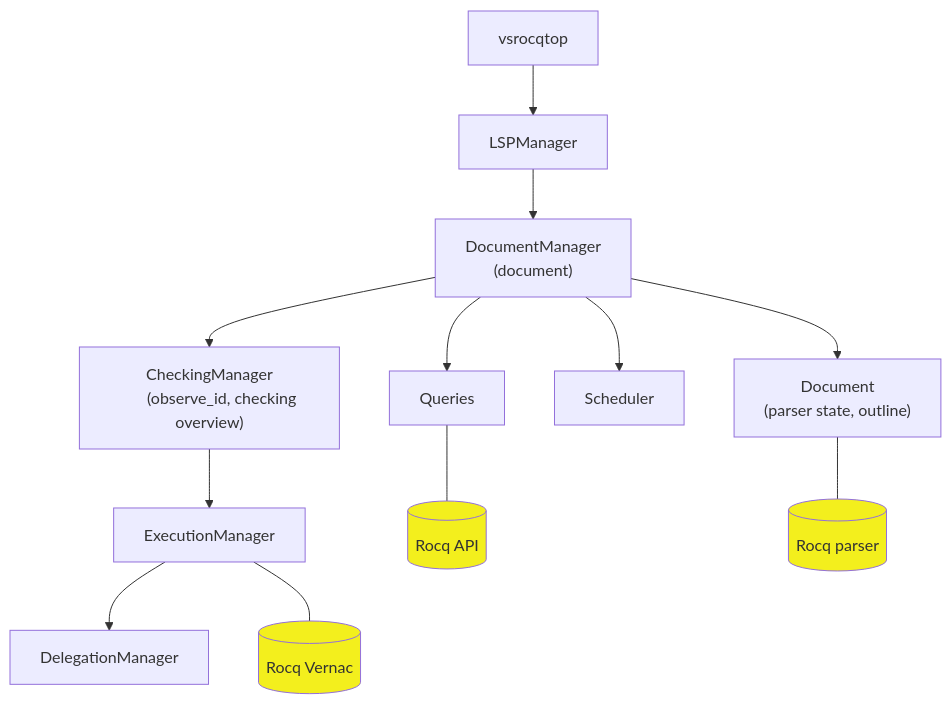
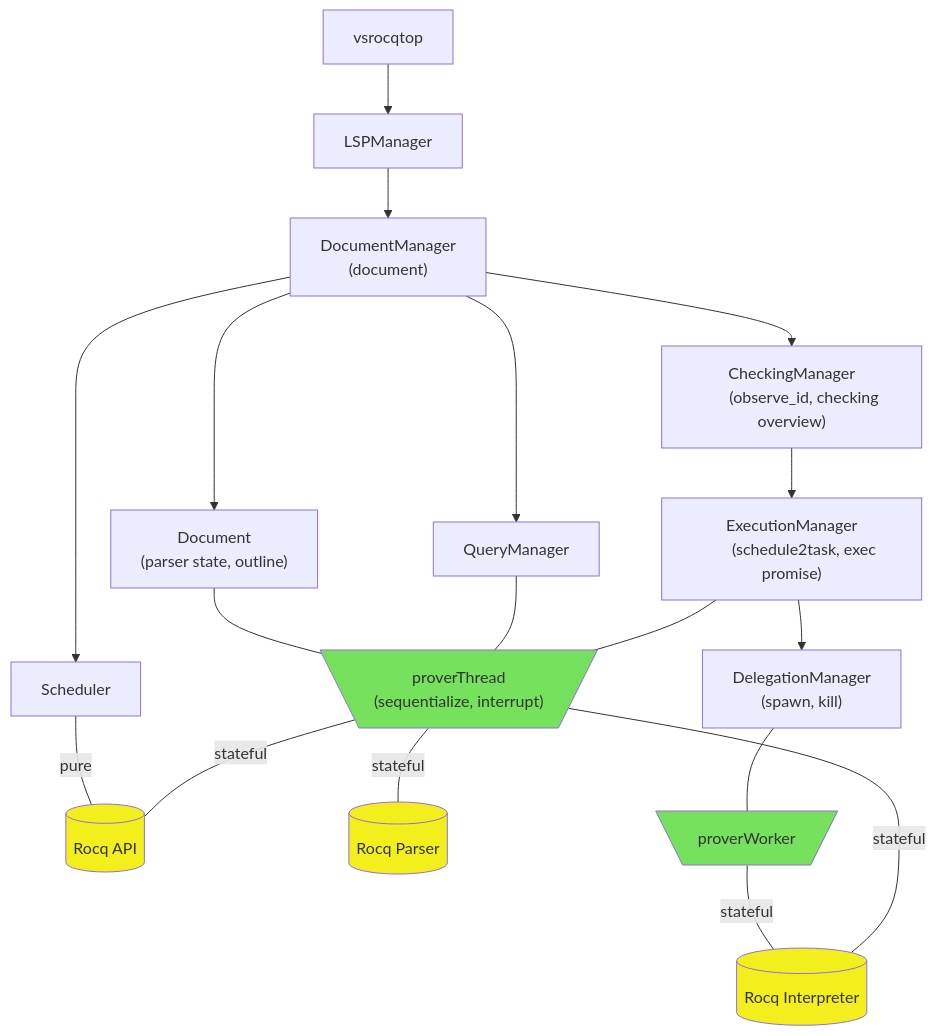
One commit to rocq-prover/vsrocq changed the diagram in docs/developers.md. Above: the diagram before and after it, drawn with Mermaid. The commit also changed other lines of this file, not shown here.

````diff
--- a/docs/developers.md
+++ b/docs/developers.md
@@ -30,34 +30,47 @@
 ```mermaid
 flowchart TD
     A[vsrocqtop]
     B[LSPManager]
 
     C["DocumentManager
        (document)"]
-    D[ExecutionManager]
-    D1[(Rocq Vernac)]
-    E[DelegationManager]
-    F[Queries]
+    D["ExecutionManager
+       (schedule2task, exec promise)"]
+    D1[(Rocq Interpreter)]
+    E["DelegationManager
+       (spawn, kill)"]
+    F[QueryManager]
     F1[(Rocq API)]
     G["Document
        (parser state, outline)"]
-    G1[(Rocq parser)]
+    G1[(Rocq Parser)]
     H[Scheduler]
     I["CheckingManager
        (observe_id, checking overview)"]
+    J[\"proverThread
+        (sequentialize, interrupt)"/]
+    K[\proverWorker/]
     A --> B
     B --> C
     I --> D
     D --> E
     C --> F
     C --> G
     C --> H
     C --> I
-    D --- D1
-    F --- F1
-    G --- G1
+    D --- J
+    J ---|stateful| D1
+    F --- J
+    J ---|stateful| F1
+    G --- J
+    J ---|stateful| G1
+    E --- K
+    K ---|stateful| D1
+    H ---|pure| F1
     style D1 fill: #f3ef1d
     style F1 fill: #f3ef1d
     style G1 fill: #f3ef1d
+    style J fill: #75e15c
+    style K fill: #75e15c
     
 ```
````
